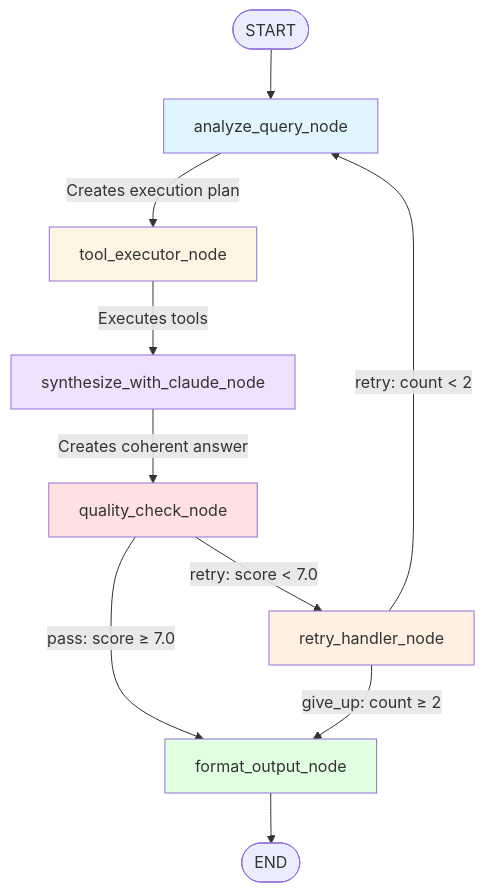
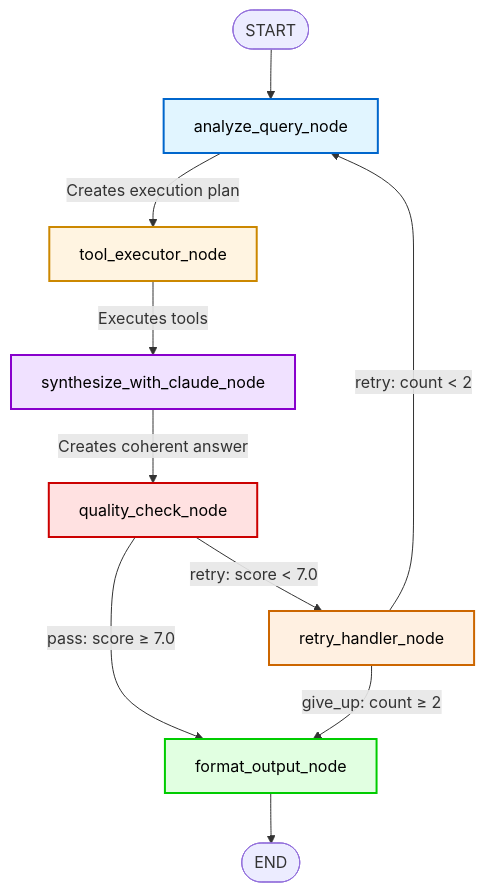
Before and after one commit to iKwesi/AIE8-MCP-Session: the diagram in langgraph_app/README.md, drawn with Mermaid.

Commit message:
Improve Mermaid diagram text visibility with black text and colored borders

````diff
--- a/langgraph_app/README.md
+++ b/langgraph_app/README.md
@@ -53,19 +53,19 @@
 ```mermaid
 graph TD
     START([START]) --> A[analyze_query_node]
     A -->|Creates execution plan| B[tool_executor_node]
     B -->|Executes tools| C[synthesize_with_claude_node]
     C -->|Creates coherent answer| D[quality_check_node]
     D -->|pass: score ≥ 7.0| E[format_output_node]
     D -->|retry: score < 7.0| F[retry_handler_node]
     F -->|retry: count < 2| A
     F -->|give_up: count ≥ 2| E
     E --> END([END])
     
-    style A fill:#e1f5ff
-    style B fill:#fff4e1
-    style C fill:#f0e1ff
-    style D fill:#ffe1e1
-    style F fill:#fff0e1
-    style E fill:#e1ffe1
+    style A fill:#e1f5ff,stroke:#0066cc,stroke-width:2px,color:#000
+    style B fill:#fff4e1,stroke:#cc8800,stroke-width:2px,color:#000
+    style C fill:#f0e1ff,stroke:#8800cc,stroke-width:2px,color:#000
+    style D fill:#ffe1e1,stroke:#cc0000,stroke-width:2px,color:#000
+    style F fill:#fff0e1,stroke:#cc6600,stroke-width:2px,color:#000
+    style E fill:#e1ffe1,stroke:#00cc00,stroke-width:2px,color:#000
 ```
````
